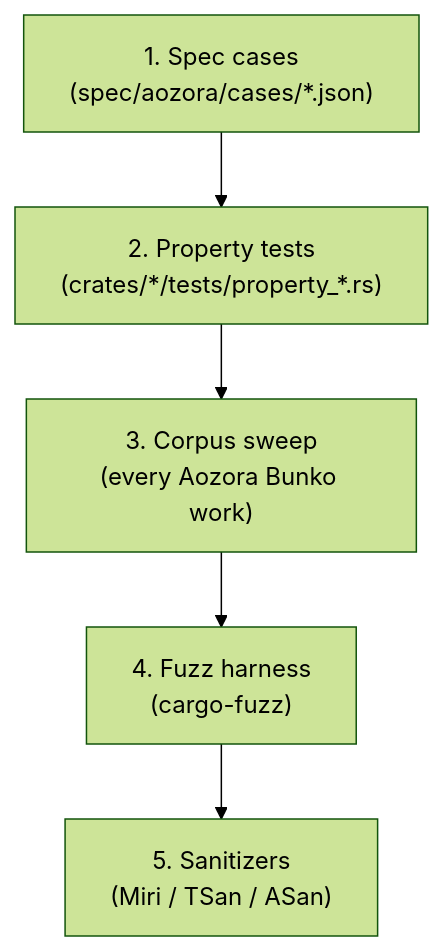
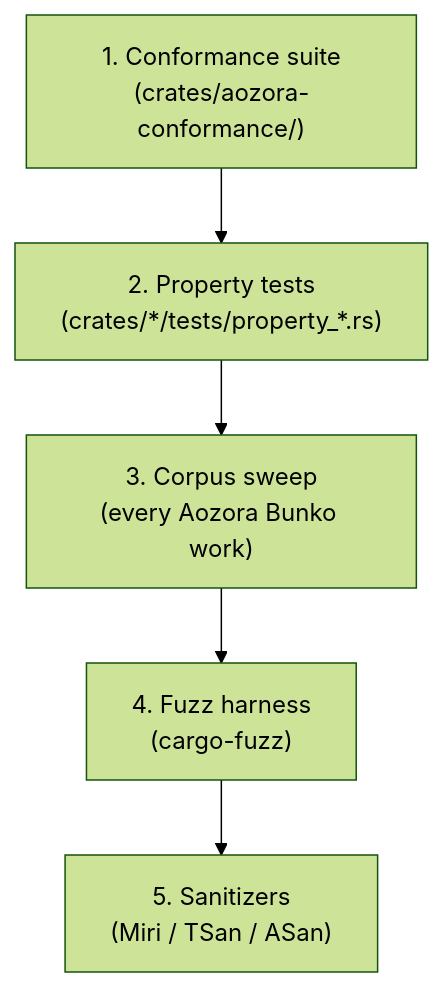
The diagram in crates/aozora-book/src/contrib/testing.md (P4suta/aozora), drawn with Mermaid (forest theme) before and after one commit. The commit also changed other lines of this file and 45 other files, not shown here.

````diff
--- a/crates/aozora-book/src/contrib/testing.md
+++ b/crates/aozora-book/src/contrib/testing.md
@@ -10,10 +10,10 @@
 ```mermaid
 flowchart TD
-    A["1. Spec cases<br/>(spec/aozora/cases/*.json)"]
+    A["1. Conformance suite<br/>(crates/aozora-conformance/)"]
     B["2. Property tests<br/>(crates/*/tests/property_*.rs)"]
     C["3. Corpus sweep<br/>(every Aozora Bunko work)"]
     D["4. Fuzz harness<br/>(cargo-fuzz)"]
     E["5. Sanitizers<br/>(Miri / TSan / ASan)"]
 
     A --> B --> C --> D --> E
 ```
````
